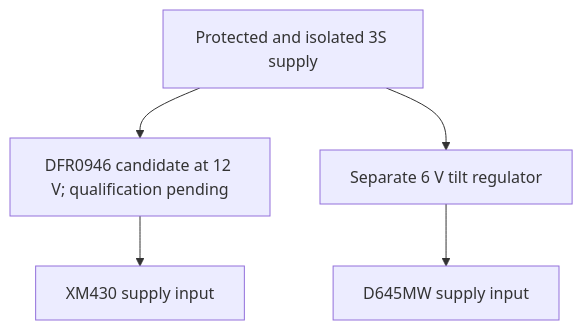
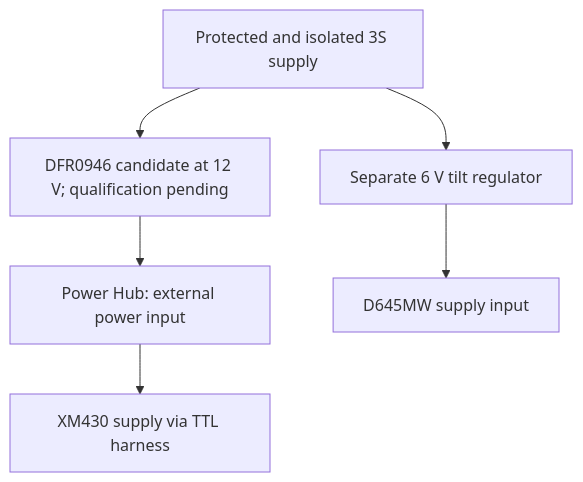
The second of 3 diagrams in docs/WIRING.md (Umair-Coder124/RoverBuddy-X1-verified), drawn with Mermaid before and after one commit. The commit also changed other lines of this file and 3 other files, not shown here.

Commit message:
Show pan supply and Power Hub in existing wiring diagrams

````diff
--- a/docs/WIRING.md
+++ b/docs/WIRING.md
@@ -34,7 +35,8 @@
 ```mermaid
 flowchart TD
     PACK["Protected and isolated 3S supply"] --> PANREG["DFR0946 candidate at 12 V; qualification pending"]
     PACK --> TILTREG["Separate 6 V tilt regulator"]
-    PANREG --> PAN["XM430 supply input"]
+    PANREG --> HUB["Power Hub: external power input"]
+    HUB --> PAN["XM430 supply via TTL harness"]
     TILTREG --> TILT["D645MW supply input"]
 ```
````
